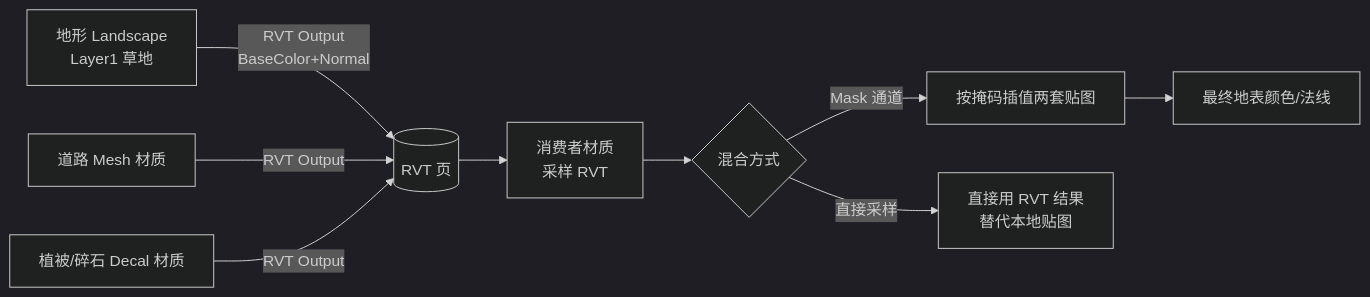
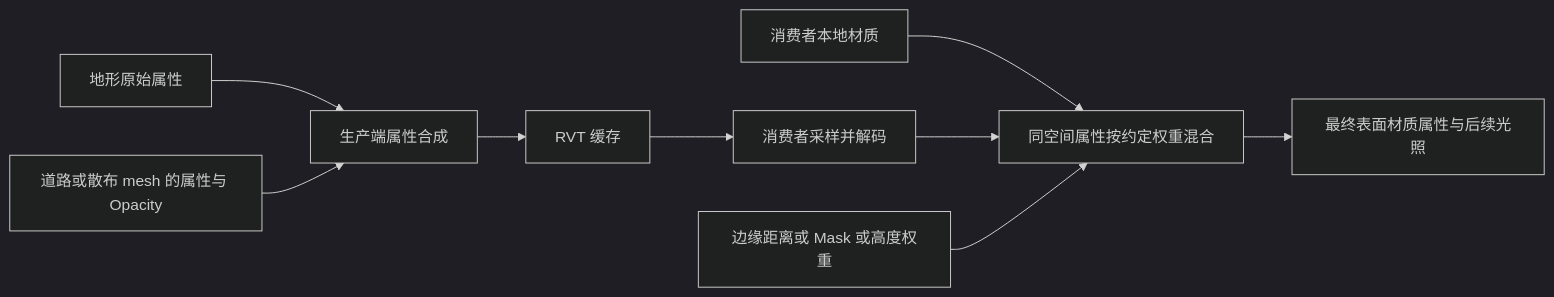
The fourth of 5 diagrams in 知识/04-图形动画与物理仿真/材质地形与世界表现/07-虚拟纹理与材质混合.md (fantuan812/learning), drawn with Mermaid (dark theme) before and after one commit. The commit also changed other lines of this file and 2 other files, not shown here.

````diff
--- a/知识/04-图形动画与物理仿真/材质地形与世界表现/07-虚拟纹理与材质混合.md
+++ b/知识/04-图形动画与物理仿真/材质地形与世界表现/07-虚拟纹理与材质混合.md
@@ -127,11 +207,11 @@
 ```mermaid
 flowchart LR
-    A[地形 Landscape<br/>Layer1 草地] -->|RVT Output<br/>BaseColor+Normal| R[(RVT 页)]
-    B[道路 Mesh 材质] -->|RVT Output| R
-    C[植被/碎石 Decal 材质] -->|RVT Output| R
-    R --> D[消费者材质<br/>采样 RVT]
-    D --> E{混合方式}
-    E -->|Mask 通道| F[按掩码插值两套贴图]
-    E -->|直接采样| G[直接用 RVT 结果<br/>替代本地贴图]
-    F --> H[最终地表颜色/法线]
+    L[地形原始属性] --> W[生产端属性合成]
+    R[道路或散布 mesh 的属性与 Opacity] --> W
+    W --> C[RVT 缓存]
+    C --> S[消费者采样并解码]
+    B[消费者本地材质] --> M[同空间属性按约定权重混合]
+    S --> M
+    A[边缘距离或 Mask 或高度权重] --> M
+    M --> F[最终表面材质属性与后续光照]
 ```
````
